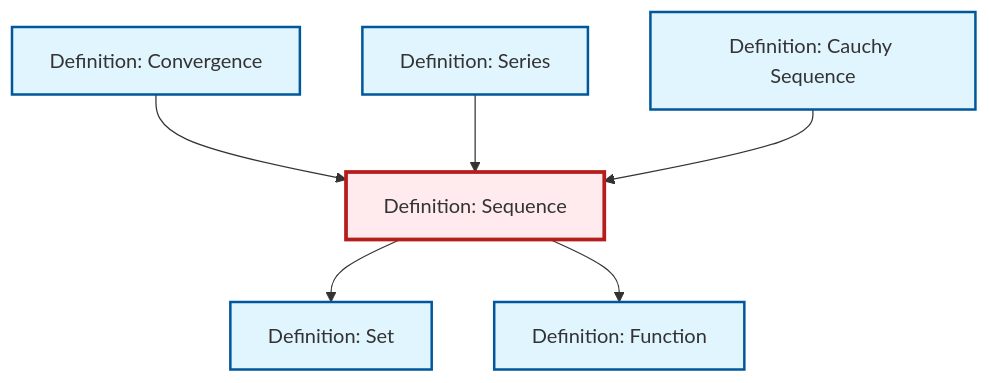
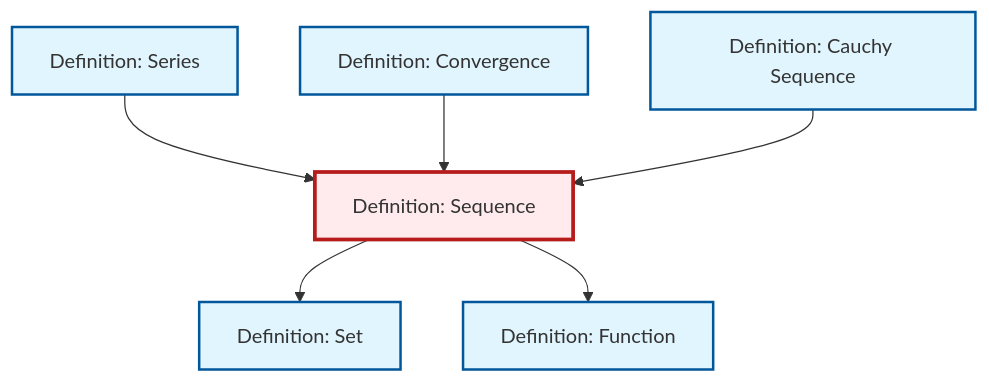
One commit to RK0429/ModernMath changed the diagram in content/ja/analysis/def-sequence.qmd. Above: the diagram before and after it, drawn with Mermaid. The commit also changed other lines of this file and 634 other files, not shown here.

````diff
--- a/content/ja/analysis/def-sequence.qmd
+++ b/content/ja/analysis/def-sequence.qmd
@@ -77,26 +77,26 @@
 ```{mermaid}
 %%| fig-cap: "Local dependency graph"
 graph TD
     classDef definition fill:#e1f5fe,stroke:#01579b,stroke-width:2px
     classDef theorem fill:#f3e5f5,stroke:#4a148c,stroke-width:2px
     classDef axiom fill:#fff3e0,stroke:#e65100,stroke-width:2px
     classDef example fill:#e8f5e9,stroke:#1b5e20,stroke-width:2px
     classDef current fill:#ffebee,stroke:#b71c1c,stroke-width:3px
-    def-set["Definition: Set"]:::definition
     def-convergence["Definition: Convergence"]:::definition
-    def-cauchy-sequence["Definition: Cauchy Sequence"]:::definition
     def-sequence["Definition: Sequence"]:::definition
     def-series["Definition: Series"]:::definition
+    def-cauchy-sequence["Definition: Cauchy Sequence"]:::definition
     def-function["Definition: Function"]:::definition
+    def-set["Definition: Set"]:::definition
+    def-series --> def-sequence
     def-sequence --> def-set
     def-convergence --> def-sequence
+    def-cauchy-sequence --> def-sequence
     def-sequence --> def-function
-    def-series --> def-sequence
-    def-cauchy-sequence --> def-sequence
     class def-sequence current
+    click def-convergence "def-convergence.html" "Definition: Convergenceへ"
+    click def-series "def-series.html" "Definition: Seriesへ"
+    click def-cauchy-sequence "def-cauchy-sequence.html" "Definition: Cauchy Sequenceへ"
+    click def-function "def-function.html" "Definition: Functionへ"
     click def-set "def-set.html" "Definition: Setへ"
-    click def-convergence "def-convergence.html" "Definition: Convergenceへ"
-    click def-cauchy-sequence "def-cauchy-sequence.html" "Definition: Cauchy Sequenceへ"
-    click def-series "def-series.html" "Definition: Seriesへ"
-    click def-function "def-function.html" "Definition: Functionへ"
 ```
````
